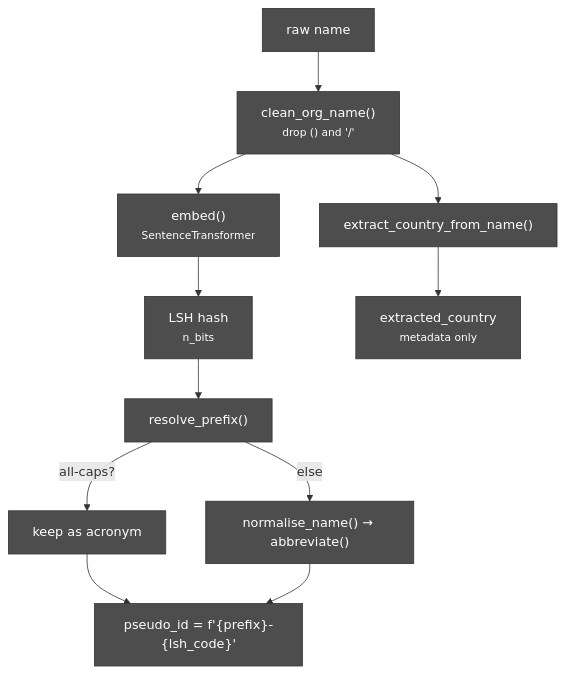
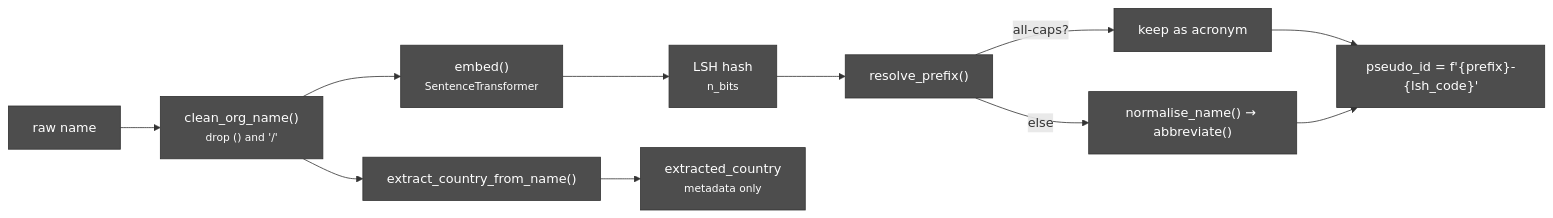
Before and after one commit to babettology/Organisation-IDs: the diagram in README.md, drawn with Mermaid.

Commit message:
Fix mermaid flowchart direction in README

````diff
--- a/README.md
+++ b/README.md
@@ -50,24 +50,23 @@
 ```mermaid
-flowchart TD
+flowchart LR
     A["raw name"] --> B["clean_org_name()<br/><small>drop () and '/'</small>"]
     B --> C["embed()<br/><small>SentenceTransformer</small>"]
     B --> D["extract_country_from_name()"]
     C --> E["LSH hash<br/><small>n_bits</small>"]
     D --> F["extracted_country<br/><small>metadata only</small>"]
     E --> G["resolve_prefix()"]
     G -->|"all-caps?"| G1["keep as acronym"]
     G -->|"else"| G2["normalise_name() → abbreviate()"]
     G1 --> H["pseudo_id = f'{prefix}-{lsh_code}'"]
     G2 --> H
-
     style A fill:#4d4d4d,stroke:#333,color:#ffffff
     style B fill:#4d4d4d,stroke:#333,color:#ffffff
     style C fill:#4d4d4d,stroke:#333,color:#ffffff
     style D fill:#4d4d4d,stroke:#333,color:#ffffff
     style E fill:#4d4d4d,stroke:#333,color:#ffffff
     style F fill:#4d4d4d,stroke:#333,color:#ffffff
     style G fill:#4d4d4d,stroke:#333,color:#ffffff
     style G1 fill:#4d4d4d,stroke:#333,color:#ffffff
     style G2 fill:#4d4d4d,stroke:#333,color:#ffffff
     style H fill:#4d4d4d,stroke:#333,color:#ffffff
 ```
````
